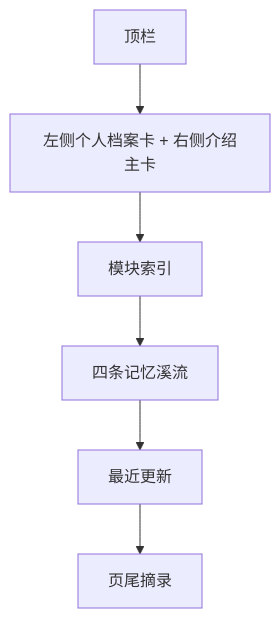
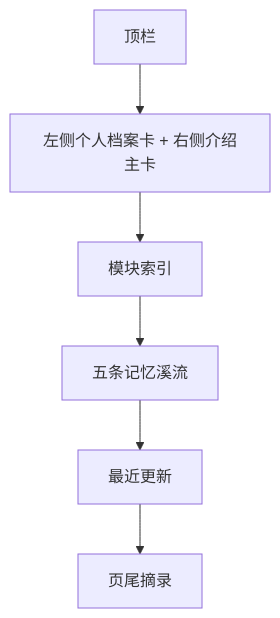
The diagram in docs/design/home/overview.zh-CN.md (Albertlearnpython/RememberMyself), drawn with Mermaid before and after one commit. The commit also changed other lines of this file and 32 other files, not shown here.

````diff
--- a/docs/design/home/overview.zh-CN.md
+++ b/docs/design/home/overview.zh-CN.md
@@ -19,8 +19,8 @@
 ```mermaid
 flowchart TD
     A["顶栏"] --> B["左侧个人档案卡 + 右侧介绍主卡"]
     B --> C["模块索引"]
-    C --> D["四条记忆溪流"]
+    C --> D["五条记忆溪流"]
     D --> E["最近更新"]
     E --> F["页尾摘录"]
 ```
````
